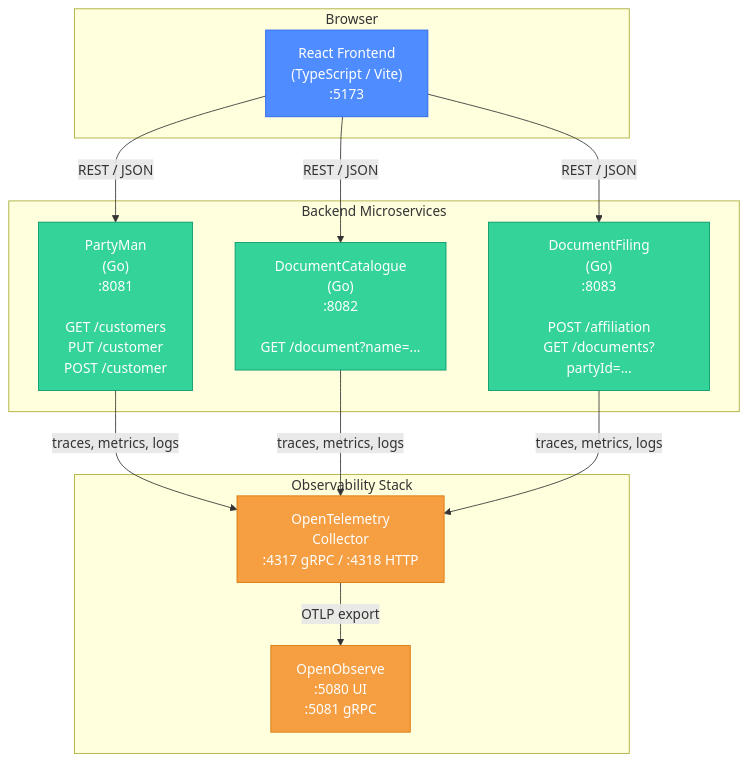
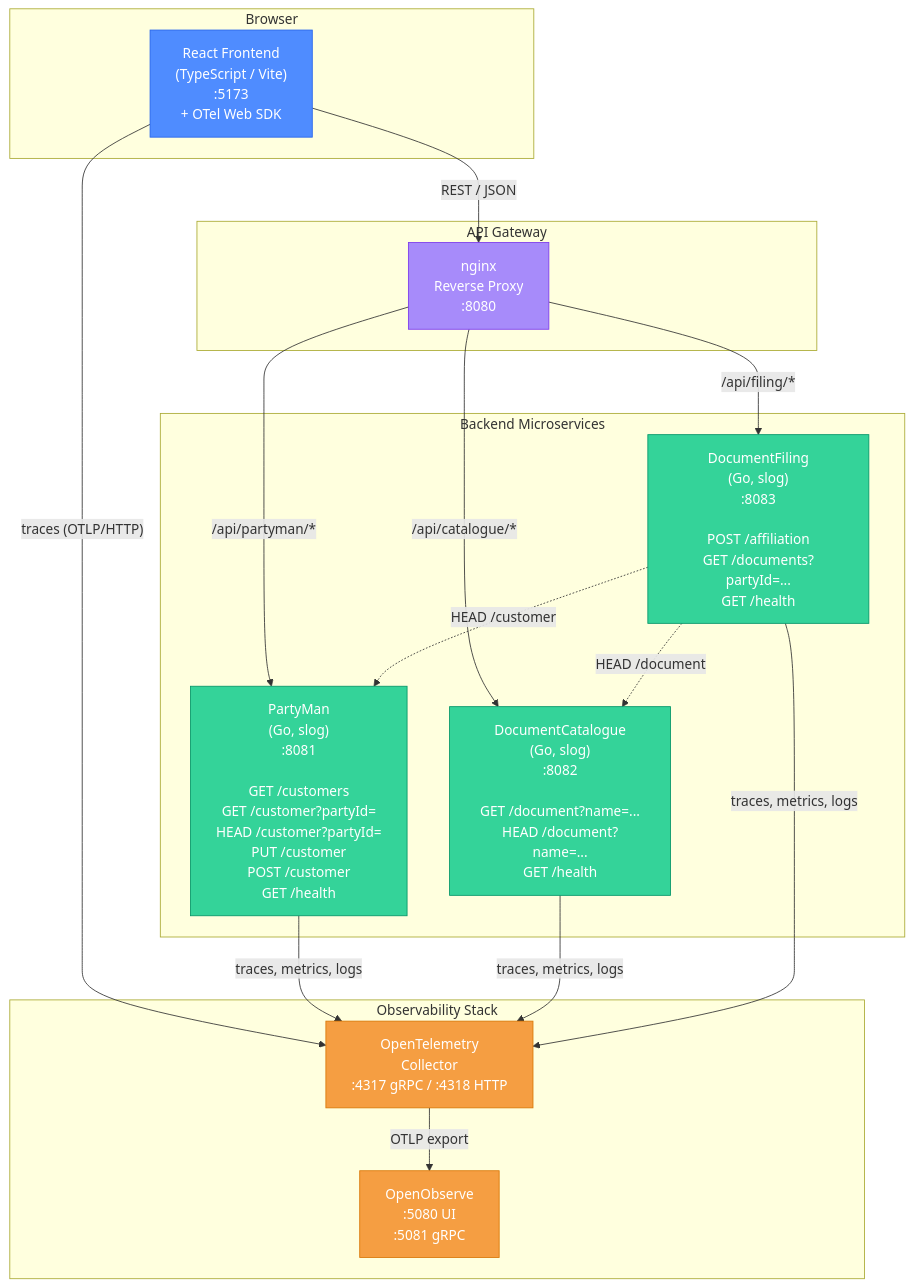
Before and after one commit to mikenunan/openobserve-poc: the first of 3 diagrams in docs/architecture-plan.md, drawn with Mermaid. The commit also changed other lines of this file, not shown here.

Commit message:
docs(architecture-plan): reviewed, updated to v2

````diff
--- a/docs/architecture-plan.md
+++ b/docs/architecture-plan.md
@@ -11,35 +11,46 @@
 ```mermaid
 graph TB
     subgraph "Browser"
-        FE["React Frontend<br/>(TypeScript / Vite)<br/>:5173"]
+        FE["React Frontend<br/>(TypeScript / Vite)<br/>:5173<br/>+ OTel Web SDK"]
+    end
+
+    subgraph "API Gateway"
+        NG["nginx<br/>Reverse Proxy<br/>:8080"]
     end
 
     subgraph "Backend Microservices"
-        PM["PartyMan<br/>(Go)<br/>:8081<br/><br/>GET /customers<br/>PUT /customer<br/>POST /customer"]
-        DC["DocumentCatalogue<br/>(Go)<br/>:8082<br/><br/>GET /document?name=..."]
-        DF["DocumentFiling<br/>(Go)<br/>:8083<br/><br/>POST /affiliation<br/>GET /documents?partyId=..."]
+        PM["PartyMan<br/>(Go, slog)<br/>:8081<br/><br/>GET /customers<br/>GET /customer?partyId=<br/>HEAD /customer?partyId=<br/>PUT /customer<br/>POST /customer<br/>GET /health"]
+        DC["DocumentCatalogue<br/>(Go, slog)<br/>:8082<br/><br/>GET /document?name=...<br/>HEAD /document?name=...<br/>GET /health"]
+        DF["DocumentFiling<br/>(Go, slog)<br/>:8083<br/><br/>POST /affiliation<br/>GET /documents?partyId=...<br/>GET /health"]
     end
 
     subgraph "Observability Stack"
         OTEL["OpenTelemetry<br/>Collector<br/>:4317 gRPC / :4318 HTTP"]
         OO["OpenObserve<br/>:5080 UI<br/>:5081 gRPC"]
     end
 
-    FE -- "REST / JSON" --> PM
-    FE -- "REST / JSON" --> DC
-    FE -- "REST / JSON" --> DF
+    FE -- "REST / JSON" --> NG
+    NG -- "/api/partyman/*" --> PM
+    NG -- "/api/catalogue/*" --> DC
+    NG -- "/api/filing/*" --> DF
 
+    DF -. "HEAD /customer" .-> PM
+    DF -. "HEAD /document" .-> DC
+
+    FE -- "traces (OTLP/HTTP)" --> OTEL
     PM -- "traces, metrics, logs" --> OTEL
     DC -- "traces, metrics, logs" --> OTEL
     DF -- "traces, metrics, logs" --> OTEL
 
     OTEL -- "OTLP export" --> OO
 
     classDef fe fill:#4f8cff,stroke:#2563eb,color:#fff
+    classDef gw fill:#a78bfa,stroke:#7c3aed,color:#fff
     classDef svc fill:#34d399,stroke:#059669,color:#fff
     classDef obs fill:#f59e42,stroke:#d97706,color:#fff
 
     class FE fe
+    class NG gw
     class PM,DC,DF svc
     class OTEL,OO obs
 ```
````
